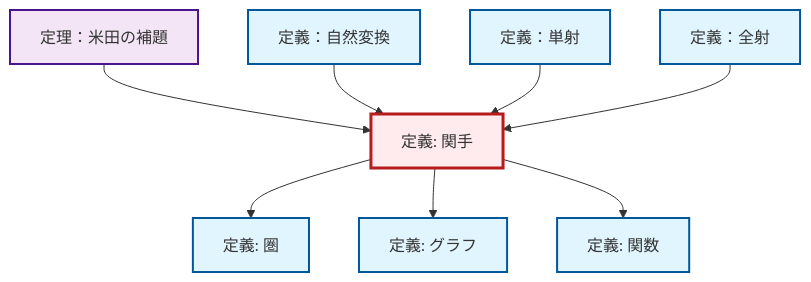
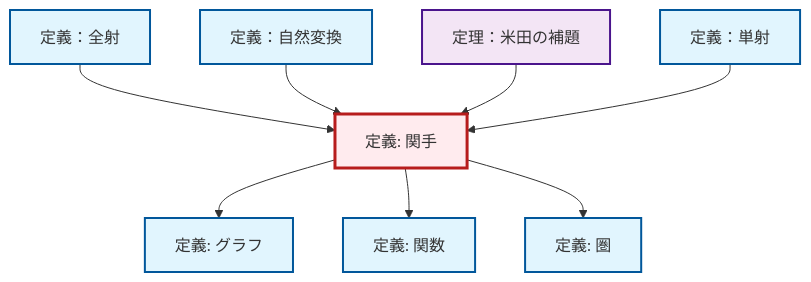
One commit to RK0429/ModernMath changed the diagram in content/ja/category-theory/def-functor.qmd. Above: the diagram before and after it, drawn with Mermaid. The commit also changed other lines of this file and 1012 other files, not shown here.

````diff
--- a/content/ja/category-theory/def-functor.qmd
+++ b/content/ja/category-theory/def-functor.qmd
@@ -51,32 +51,32 @@
 ```{mermaid}
 %%| fig-cap: "Local dependency graph"
 graph TD
     classDef definition fill:#e1f5fe,stroke:#01579b,stroke-width:2px
     classDef theorem fill:#f3e5f5,stroke:#4a148c,stroke-width:2px
     classDef axiom fill:#fff3e0,stroke:#e65100,stroke-width:2px
     classDef example fill:#e8f5e9,stroke:#1b5e20,stroke-width:2px
     classDef current fill:#ffebee,stroke:#b71c1c,stroke-width:3px
-    def-monomorphism["定義：単射"]:::definition
+    thm-yoneda["定理：米田の補題"]:::theorem
+    def-natural-transformation["定義：自然変換"]:::definition
     def-category["定義: 圏"]:::definition
     def-graph["定義: グラフ"]:::definition
-    thm-yoneda["定理：米田の補題"]:::theorem
     def-function["定義: 関数"]:::definition
+    def-functor["定義: 関手"]:::definition
+    def-monomorphism["定義：単射"]:::definition
     def-epimorphism["定義：全射"]:::definition
-    def-natural-transformation["定義：自然変換"]:::definition
-    def-functor["定義: 関手"]:::definition
-    thm-yoneda --> def-functor
-    def-natural-transformation --> def-functor
-    def-monomorphism --> def-functor
-    def-functor --> def-category
+    def-epimorphism --> def-functor
     def-functor --> def-graph
     def-functor --> def-function
-    def-epimorphism --> def-functor
+    def-natural-transformation --> def-functor
+    def-functor --> def-category
+    thm-yoneda --> def-functor
+    def-monomorphism --> def-functor
     class def-functor current
-    click def-monomorphism "def-monomorphism.html" "定義：単射へ"
+    click thm-yoneda "thm-yoneda.html" "定理：米田の補題へ"
+    click def-natural-transformation "def-natural-transformation.html" "定義：自然変換へ"
     click def-category "def-category.html" "圏の定義へ"
     click def-graph "def-graph.html" "グラフの定義へ"
-    click thm-yoneda "thm-yoneda.html" "定理：米田の補題へ"
     click def-function "def-function.html" "関数の定義へ"
+    click def-monomorphism "def-monomorphism.html" "定義：単射へ"
     click def-epimorphism "def-epimorphism.html" "定義：全射へ"
-    click def-natural-transformation "def-natural-transformation.html" "定義：自然変換へ"
 ```
````
